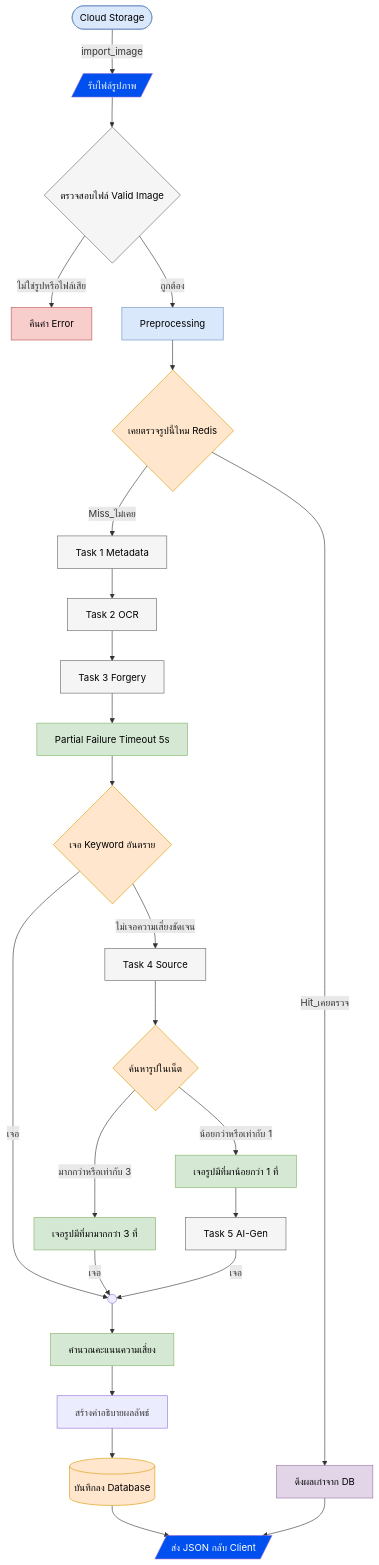
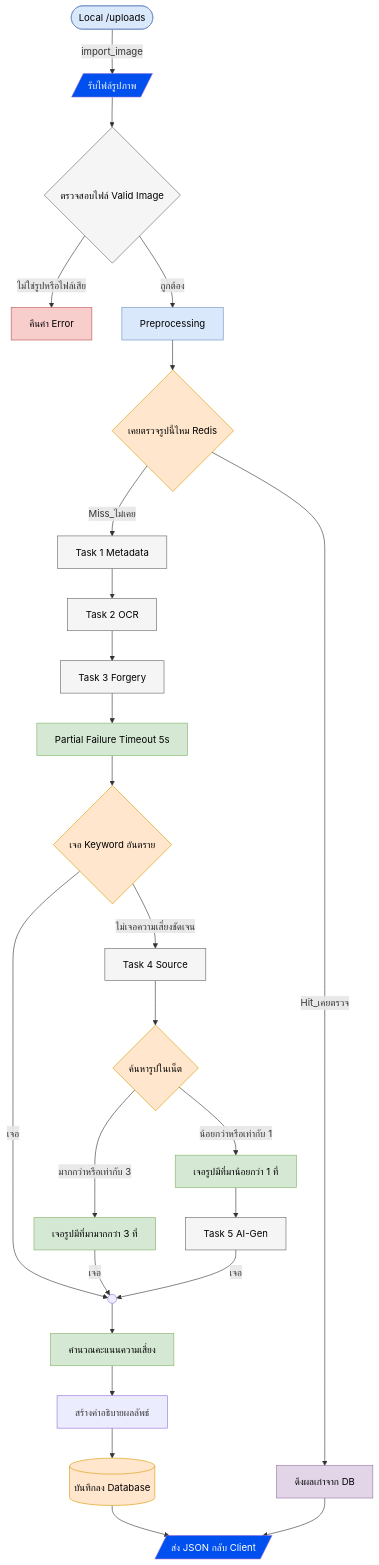
One commit to Panuwat-ta/project changed the second of 2 diagrams in Document/Software Architecture/flowchart.md. Above: the diagram before and after it, drawn with Mermaid. The commit also changed other lines of this file and 143 other files, not shown here.

First line of the commit message:
Update traceability matrix, use case diagram, and test cases documentation

````diff
--- a/Document/Software Architecture/flowchart.md
+++ b/Document/Software Architecture/flowchart.md
@@ -63,67 +63,67 @@
 ```mermaid
 graph TD
     %% Source & Initial Validation
-    S3([Cloud Storage]) -- import_image --> Receive[/รับไฟล์รูปภาพ/]
+    S3([Local /uploads]) -- import_image --> Receive[/รับไฟล์รูปภาพ/]
     Receive --> NodeValidate{ตรวจสอบไฟล์ Valid Image}
     
     NodeValidate -- ไม่ใช่รูปหรือไฟล์เสีย --> Reject[คืนค่า Error]
     NodeValidate -- ถูกต้อง --> Preprocess[Preprocessing]
 
     %% Cache Mechanism
     Preprocess --> NodeCache{เคยตรวจรูปนี้ไหม Redis}
     NodeCache -- Hit_เคยตรวจ --> RetCache[ดึงผลเก่าจาก DB]
     
     %% Processing Tasks (ส่วนที่เป็นข้อความสีดำบนพื้นเทา)
     NodeCache -- Miss_ไม่เคย --> Task1[Task 1 Metadata]
     Task1 --> Task2[Task 2 OCR]
     Task2 --> Task3[Task 3 Forgery]
     
     %% Error Handling & Logic Branching
     Task3 --> PartialFail[Partial Failure Timeout 5s]
     PartialFail --> NodeKeyword{เจอ Keyword อันตราย}
     
     NodeKeyword -- ไม่เจอความเสี่ยงชัดเจน --> Task4[Task 4 Source]
     Task4 --> NodeSearch{ค้นหารูปในเน็ต}
     
     NodeSearch -- มากกว่าหรือเท่ากับ 3 --> SourceHigh[เจอรูปมีที่มามากกว่า 3 ที่]
     NodeSearch -- น้อยกว่าหรือเท่ากับ 1 --> SourceLow[เจอรูปมีที่มาน้อยกว่า 1 ที่]
     
     SourceLow --> Task5[Task 5 AI-Gen]
     
     %% Aggregation Point (Collector)
     Collector(( ))
     NodeKeyword -- เจอ --> Collector
     SourceHigh -- เจอ --> Collector
     Task5 -- เจอ --> Collector
     
     %% Final Calculation & Storage
     Collector --> Calc[คำนวณคะแนนความเสี่ยง]
     Calc --> Gen[สร้างคำอธิบายผลลัพธ์]
     Gen --> DB[(บันทึกลง Database)]
     
     %% Output
     DB --> Output[/ส่ง JSON กลับ Client/]
     RetCache --> Output
 
     %% Styling (กำหนดสีข้อความเป็นสีดำด้วย color:#000)
     style S3 fill:#dae8fc,stroke:#6c8ebf,color:#000
     style Receive fill:#0050ef,color:#fff
     style NodeValidate fill:#f5f5f5,stroke:#666,color:#000
     style Reject fill:#f8cecc,stroke:#b85450,color:#000
     style Preprocess fill:#dae8fc,stroke:#6c8ebf,color:#000
     style NodeCache fill:#ffe6cc,stroke:#d79b00,color:#000
     style RetCache fill:#e1d5e7,stroke:#9673a6,color:#000
     style Task1 fill:#f5f5f5,stroke:#666,color:#000
     style Task2 fill:#f5f5f5,stroke:#666,color:#000
     style Task3 fill:#f5f5f5,stroke:#666,color:#000
     style Task4 fill:#f5f5f5,stroke:#666,color:#000
     style Task5 fill:#f5f5f5,stroke:#666,color:#000
     style PartialFail fill:#d5e8d4,stroke:#82b366,color:#000
     style NodeKeyword fill:#ffe6cc,stroke:#d79b00,color:#000
     style NodeSearch fill:#ffe6cc,stroke:#d79b00,color:#000
     style SourceHigh fill:#d5e8d4,stroke:#82b366,color:#000
     style SourceLow fill:#d5e8d4,stroke:#82b366,color:#000
     style Calc fill:#d5e8d4,stroke:#82b366,color:#000
     style DB fill:#ffe6cc,stroke:#d79b00,color:#000
     style Output fill:#0050ef,color:#fff
 ```
````
